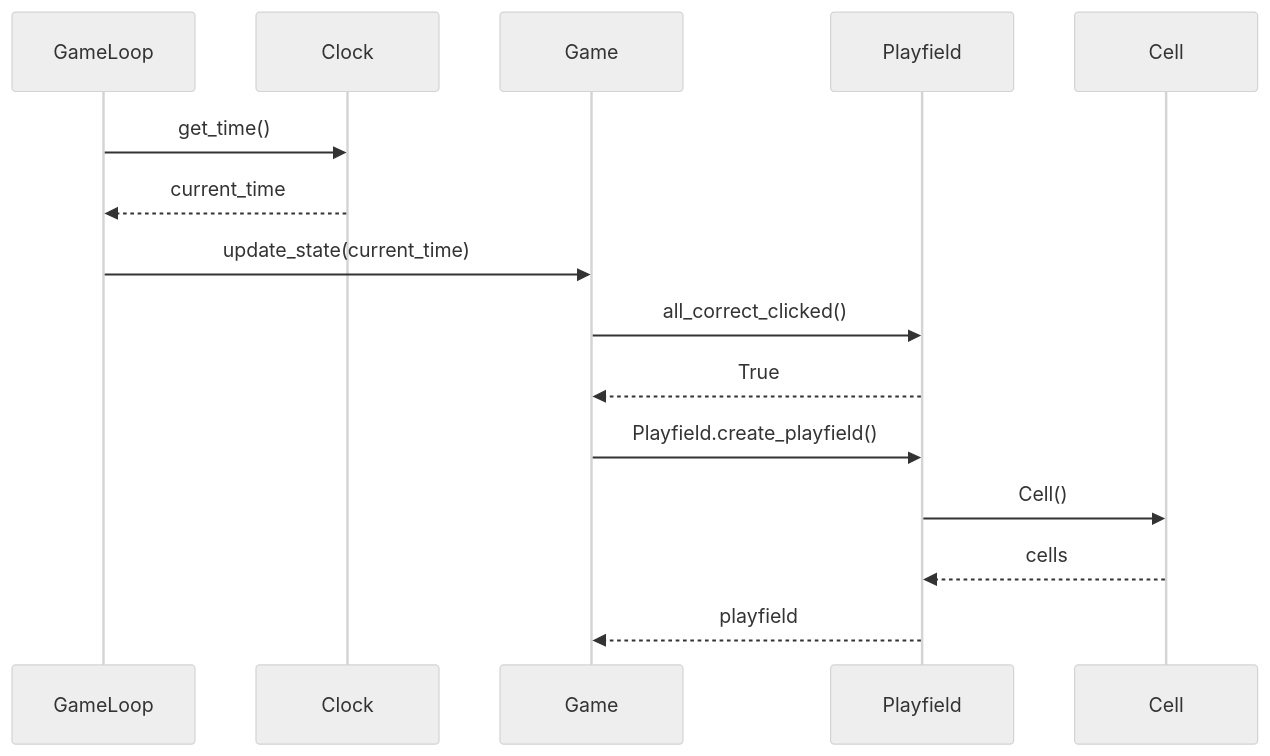
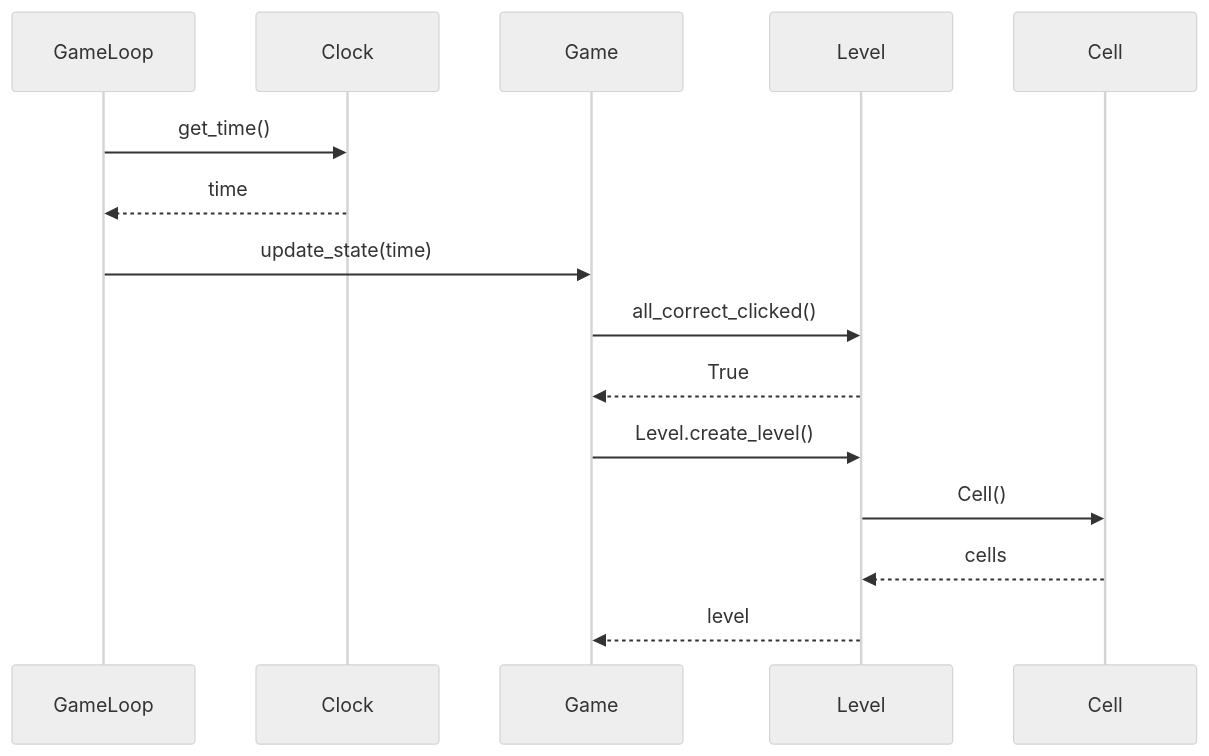
One commit to realtalin/ot-harjoitustyo changed the second of 2 diagrams in dokumentaatio/arkkitehtuuri.md. Above: the diagram before and after it, drawn with Mermaid (neutral theme).

Commit message:
Fix names in docs

````diff
--- a/dokumentaatio/arkkitehtuuri.md
+++ b/dokumentaatio/arkkitehtuuri.md
@@ -35,17 +35,17 @@
 ```mermaid
 sequenceDiagram
   participant GameLoop
   participant Clock
   participant Game
-  participant Playfield
+  participant Level
   participant Cell
   GameLoop->>Clock: get_time()
-  Clock-->>GameLoop: current_time
-  GameLoop->>Game: update_state(current_time)
-  Game->>Playfield: all_correct_clicked()
-  Playfield-->>Game: True
-  Game->>Playfield: Playfield.create_playfield()
-  Playfield->>Cell: Cell()
-  Cell-->>Playfield: cells
-  Playfield-->>Game: playfield
+  Clock-->>GameLoop: time
+  GameLoop->>Game: update_state(time)
+  Game->>Level: all_correct_clicked()
+  Level-->>Game: True
+  Game->>Level: Level.create_level()
+  Level->>Cell: Cell()
+  Cell-->>Level: cells
+  Level-->>Game: level
 ```
````
